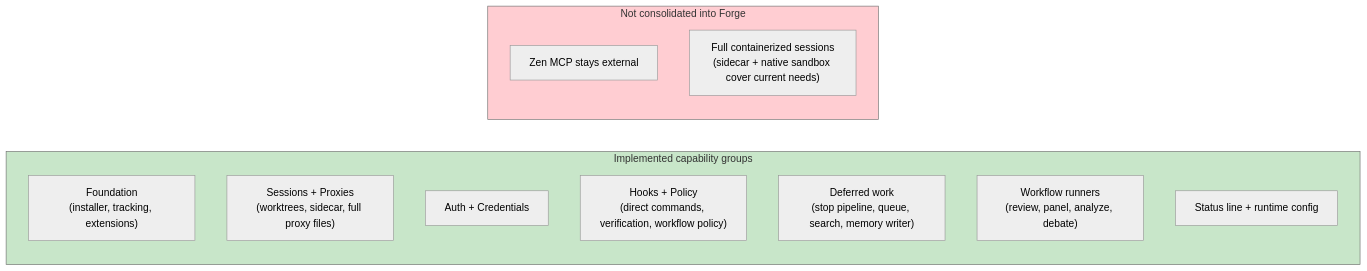
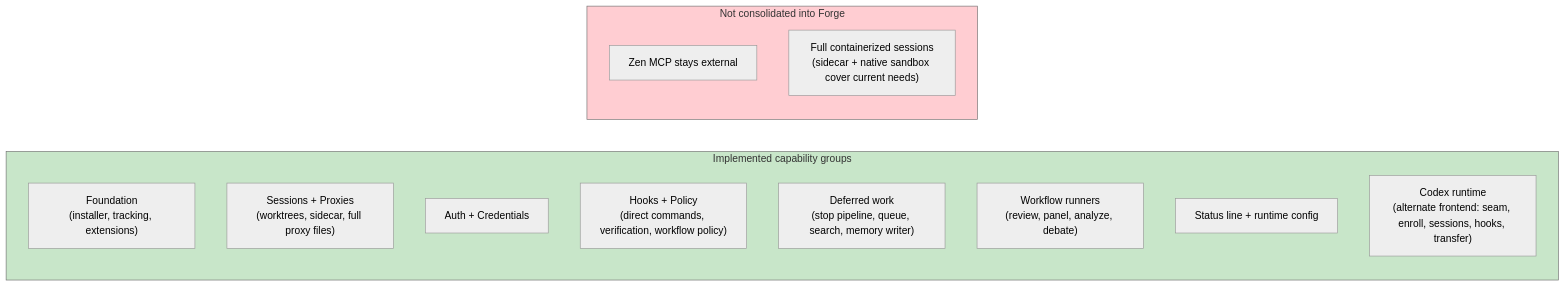
Before and after one commit to hapa1i/multi-forge: the eighth of 10 diagrams in docs/diagrams.md, drawn with Mermaid (neutral theme). The commit also changed other lines of this file and 140 other files, not shown here.

First line of the commit message:
codex_frontend: Codex as a first-class alternate runtime (Phases 0-6 + review fixes) (#26)

````diff
--- a/docs/diagrams.md
+++ b/docs/diagrams.md
@@ -314,20 +336,21 @@
 ```mermaid
 flowchart LR
     subgraph Complete["Implemented capability groups"]
         P1["Foundation<br/>(installer, tracking, extensions)"]
         P2["Sessions + Proxies<br/>(worktrees, sidecar, full proxy files)"]
         P3["Auth + Credentials"]
         P4["Hooks + Policy<br/>(direct commands, verification, workflow policy)"]
         P5["Deferred work<br/>(stop pipeline, queue, search, memory writer)"]
         P6["Workflow runners<br/>(review, panel, analyze, debate)"]
         P7["Status line + runtime config"]
+        P8["Codex runtime<br/>(alternate frontend: seam, enroll, sessions, hooks, transfer)"]
     end
 
     subgraph Dropped["Not consolidated into Forge"]
         D1["Zen MCP stays external"]
         D2["Full containerized sessions<br/>(sidecar + native sandbox cover current needs)"]
     end
 
     style Complete fill:#c8e6c9
     style Dropped fill:#ffcdd2
 ```
````
